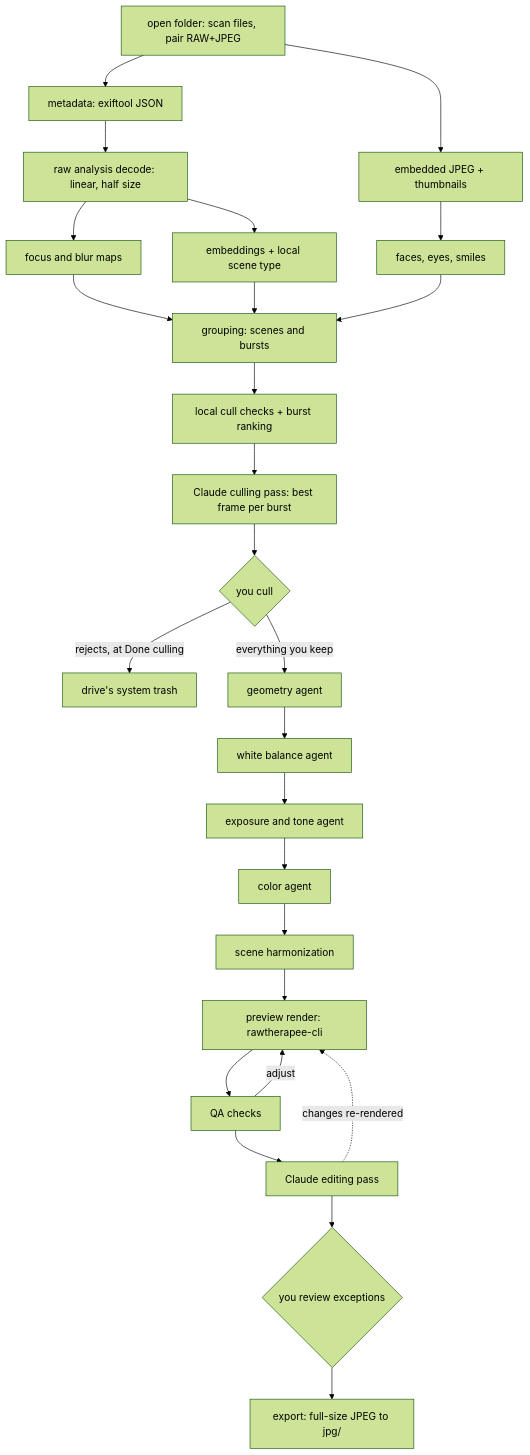
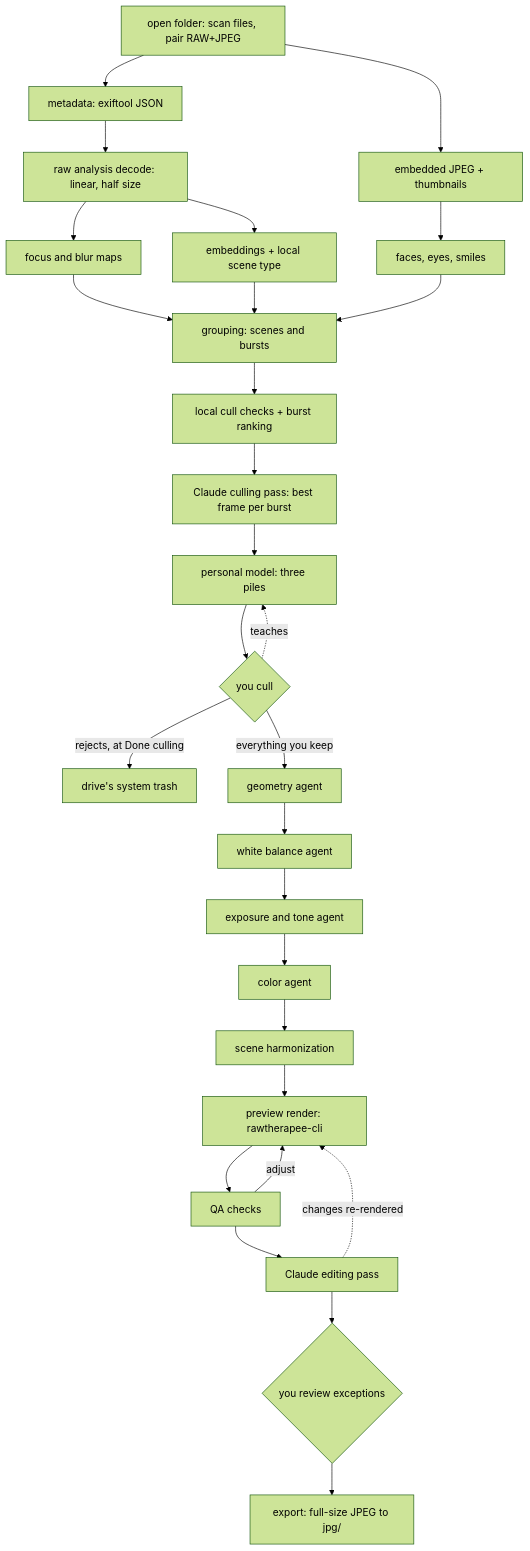
One commit to aleereza/raw-image-editor changed the second of 2 diagrams in IMPLEMENTATION_PLAN.md. Above: the diagram before and after it, drawn with Mermaid (forest theme). The commit also changed other lines of this file, not shown here.

````diff
--- a/IMPLEMENTATION_PLAN.md
+++ b/IMPLEMENTATION_PLAN.md
@@ -207,26 +225,28 @@
 ```mermaid
 flowchart TD
   A["open folder: scan files, pair RAW+JPEG"] --> B["metadata: exiftool JSON"]
   A --> C["embedded JPEG + thumbnails"]
   B --> D["raw analysis decode: linear, half size"]
   D --> E["focus and blur maps"]
   C --> F["faces, eyes, smiles"]
   D --> G["embeddings + local scene type"]
   E & F & G --> H["grouping: scenes and bursts"]
   H --> I["local cull checks + burst ranking"]
   I --> CP["Claude culling pass: best frame per burst"]
-  CP --> J{"you cull"}
+  CP --> PS["personal model: three piles"]
+  PS --> J{"you cull"}
+  J -.->|"teaches"| PS
   J -->|"rejects, at Done culling"| T["drive's system trash"]
   J -->|"everything you keep"| K["geometry agent"]
   K --> L["white balance agent"]
   L --> M["exposure and tone agent"]
   M --> N["color agent"]
   N --> O["scene harmonization"]
   O --> P["preview render: rawtherapee-cli"]
   P --> Q["QA checks"]
   Q -->|adjust| P
   Q --> CE["Claude editing pass"]
   CE -.->|"changes re-rendered"| P
   CE --> R{"you review exceptions"}
   R --> S["export: full-size JPEG to jpg/"]
 ```
````
